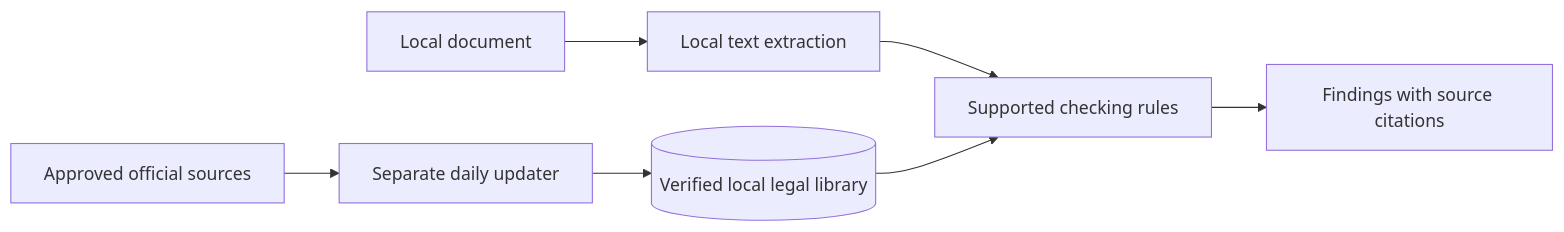
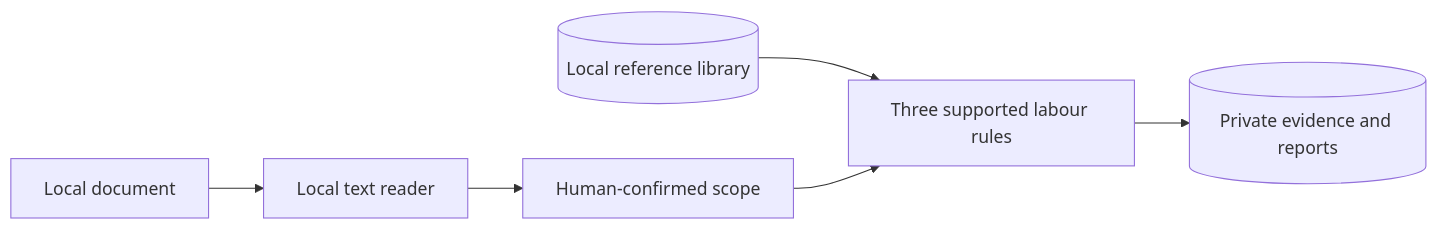
Before and after one commit to tatselkrik/complyph: the diagram in README.md, drawn with Mermaid. The commit also changed other lines of this file and 55 other files, not shown here.

Commit message:
Add source-cited labour checks, library additions and ProgramData migration

````diff
--- a/README.md
+++ b/README.md
@@ -105,9 +96,8 @@
 ```mermaid
 flowchart LR
-    Document["Local document"] --> Extract["Local text extraction"]
-    Extract --> Rules["Supported checking rules"]
-    Library[("Verified local legal library")] --> Rules
-    Rules --> Report["Findings with source citations"]
-    Sources["Approved official sources"] --> Updater["Separate daily updater"]
-    Updater --> Library
+    Document[Local document] --> Reader[Local text reader]
+    Reader --> Context[Human-confirmed scope]
+    Library[(Local reference library)] --> Rules[Three supported labour rules]
+    Context --> Rules
+    Rules --> Reports[(Private evidence and reports)]
 ```
````
